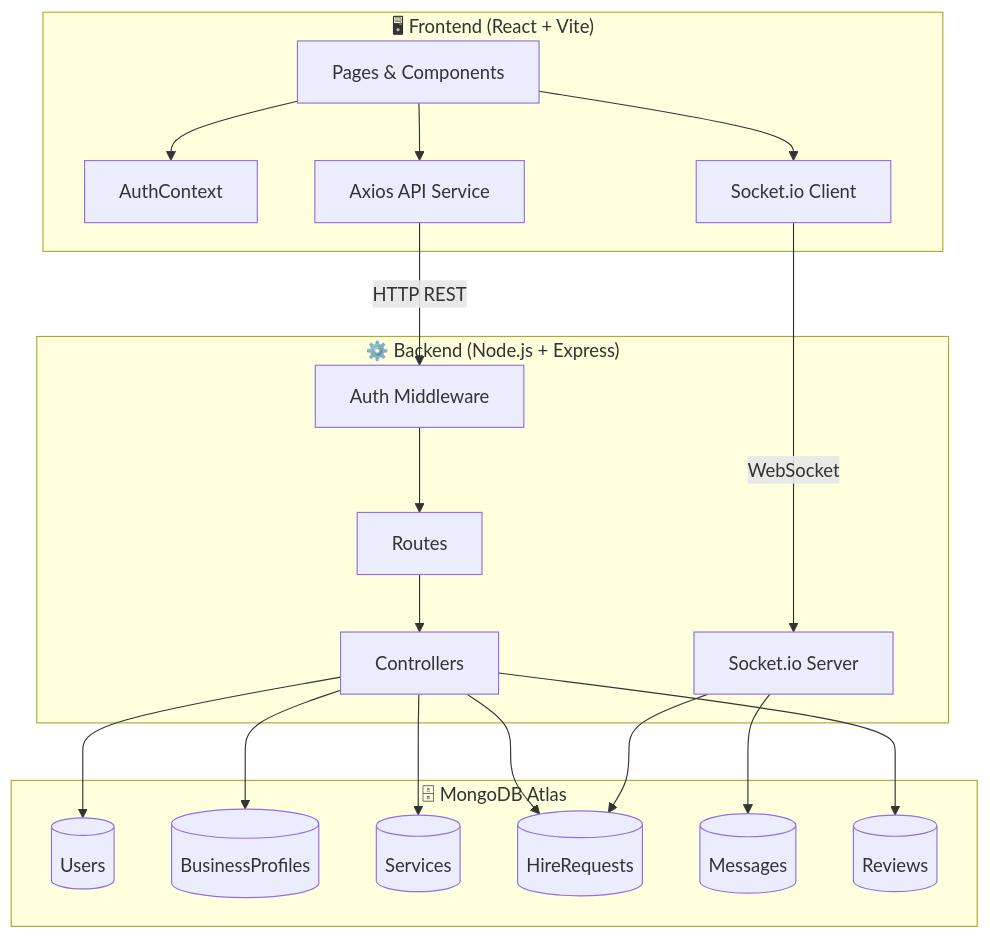
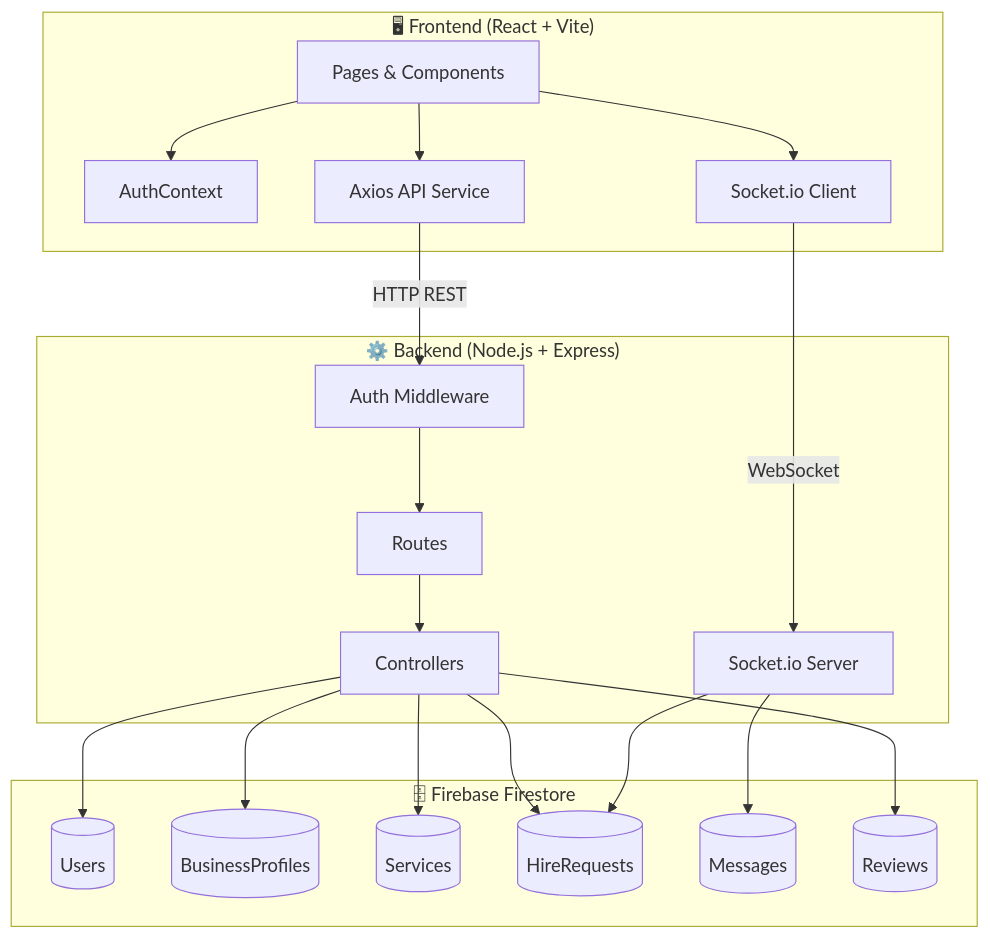
One commit to TANMAY4806w/business-portfolio changed the first of 6 diagrams in ARCHITECTURE.md. Above: the diagram before and after it, drawn with Mermaid. The commit also changed other lines of this file and 2 other files, not shown here.

Commit message:
docs: update architecture and payment pitch to reflect firebase and simulated gateway

````diff
--- a/ARCHITECTURE.md
+++ b/ARCHITECTURE.md
@@ -5,39 +5,39 @@
 ```mermaid
 graph TB
     subgraph Client["🖥 Frontend (React + Vite)"]
         UI[Pages & Components]
         CTX[AuthContext]
         API[Axios API Service]
         SOCK_C[Socket.io Client]
     end
 
     subgraph Server["⚙️ Backend (Node.js + Express)"]
         MW[Auth Middleware]
         RT[Routes]
         CTRL[Controllers]
         SOCK_S[Socket.io Server]
     end
 
-    subgraph Database["🗄 MongoDB Atlas"]
+    subgraph Database["🗄 Firebase Firestore"]
         USERS[(Users)]
         BP[(BusinessProfiles)]
         SVC[(Services)]
         HR[(HireRequests)]
         MSG[(Messages)]
         REV[(Reviews)]
     end
 
     UI --> CTX
     UI --> API
     UI --> SOCK_C
     API -->|HTTP REST| MW
     SOCK_C -->|WebSocket| SOCK_S
     MW --> RT --> CTRL
     CTRL --> USERS
     CTRL --> BP
     CTRL --> SVC
     CTRL --> HR
     CTRL --> REV
     SOCK_S --> MSG
     SOCK_S --> HR
 ```
````
